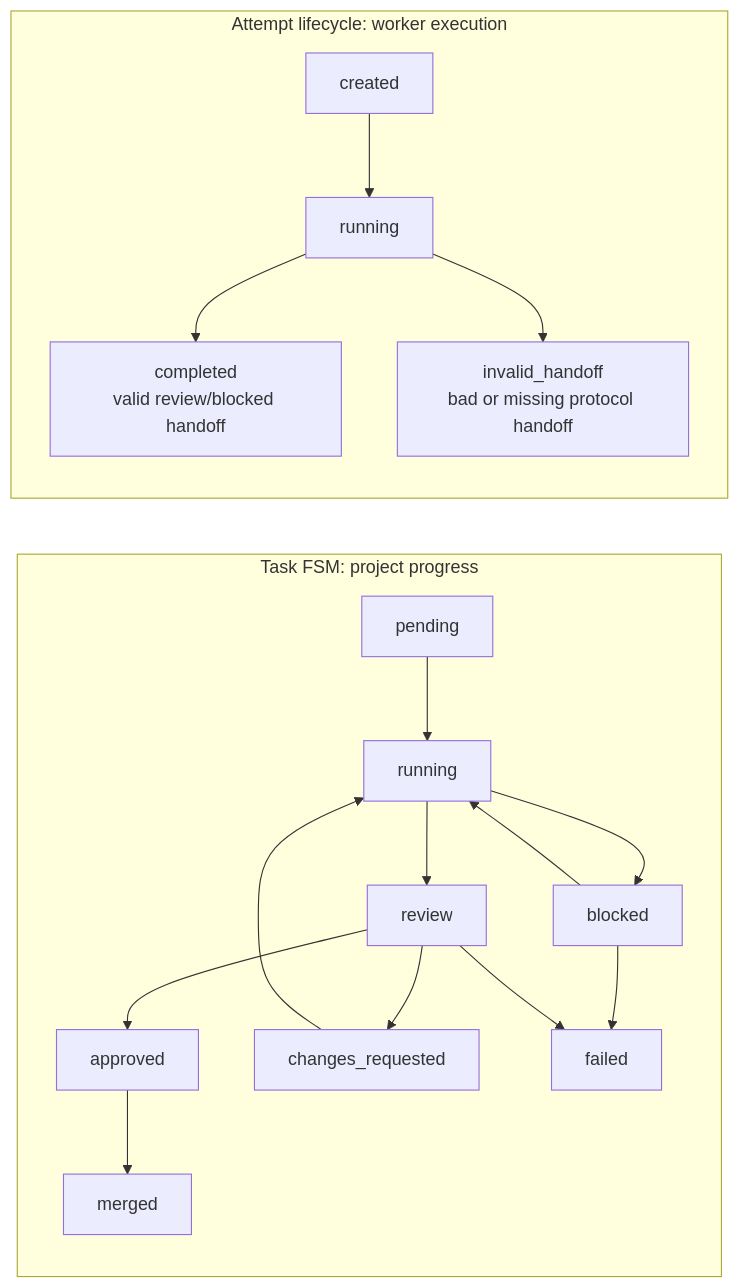
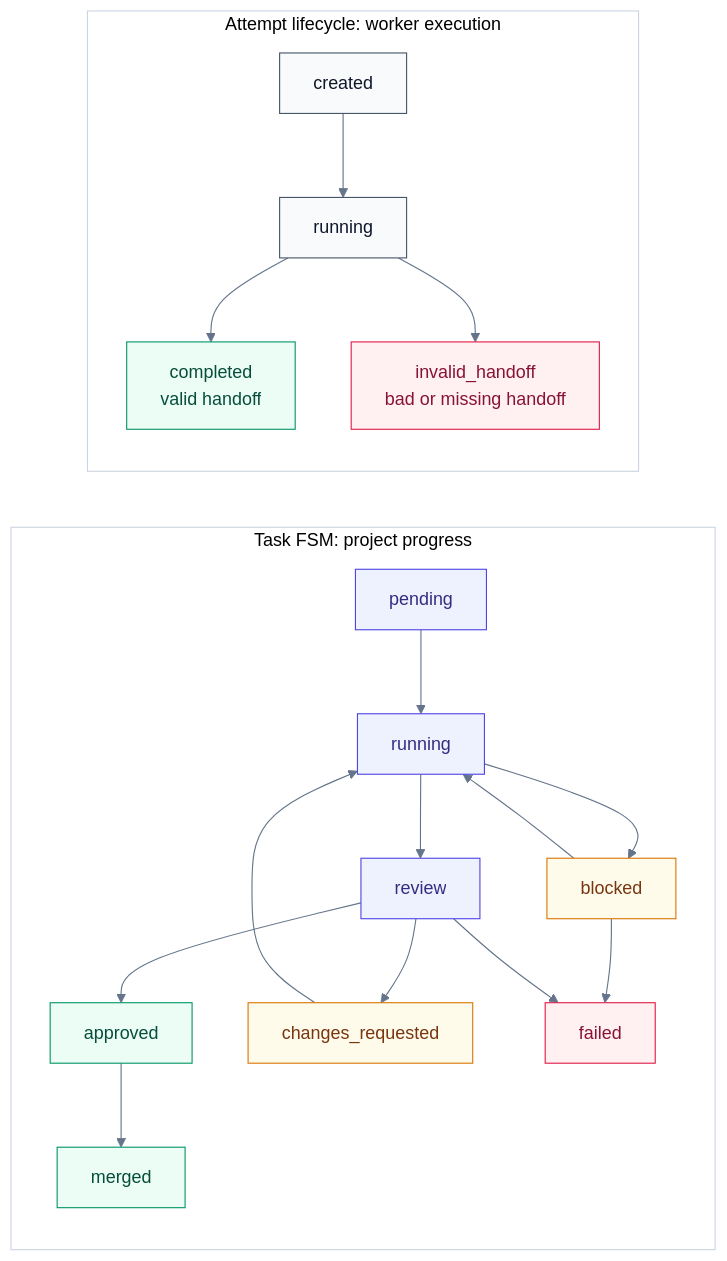
The second of 2 diagrams in README.md (LKCY23/research-dev-orchestrator), drawn with Mermaid before and after one commit. The commit also changed other lines of this file, not shown here.

Commit message:
Style README architecture diagrams

````diff
--- a/README.md
+++ b/README.md
@@ -182,21 +172,28 @@
 ```mermaid
+%%{init: {"theme":"base","themeVariables":{"fontFamily":"Inter, ui-sans-serif, system-ui","primaryColor":"#f8fafc","primaryTextColor":"#0f172a","primaryBorderColor":"#cbd5e1","lineColor":"#64748b","clusterBkg":"#ffffff","clusterBorder":"#cbd5e1"}}}%%
 flowchart LR
   subgraph TaskFSM["Task FSM: project progress"]
-    P["pending"] --> R["running"]
-    R --> V["review"]
-    R --> B["blocked"]
-    V --> A["approved"]
-    V --> CR["changes_requested"]
-    A --> M["merged"]
+    P["pending"]:::task --> R["running"]:::task
+    R --> V["review"]:::task
+    R --> B["blocked"]:::warn
+    V --> A["approved"]:::ok
+    V --> CR["changes_requested"]:::warn
+    A --> M["merged"]:::ok
     CR --> R
     B --> R
-    B --> F["failed"]
+    B --> F["failed"]:::bad
     V --> F
   end
 
   subgraph AttemptLifecycle["Attempt lifecycle: worker execution"]
-    C["created"] --> AR["running"]
-    AR --> DONE["completed<br/>valid review/blocked handoff"]
-    AR --> BAD["invalid_handoff<br/>bad or missing protocol handoff"]
+    C["created"]:::attempt --> AR["running"]:::attempt
+    AR --> DONE["completed<br/>valid handoff"]:::ok
+    AR --> BAD["invalid_handoff<br/>bad or missing handoff"]:::bad
   end
+
+  classDef task fill:#eef2ff,stroke:#4f46e5,color:#312e81;
+  classDef attempt fill:#f8fafc,stroke:#475569,color:#0f172a;
+  classDef ok fill:#ecfdf5,stroke:#059669,color:#064e3b;
+  classDef warn fill:#fffbeb,stroke:#d97706,color:#78350f;
+  classDef bad fill:#fff1f2,stroke:#e11d48,color:#881337;
 ```
````
